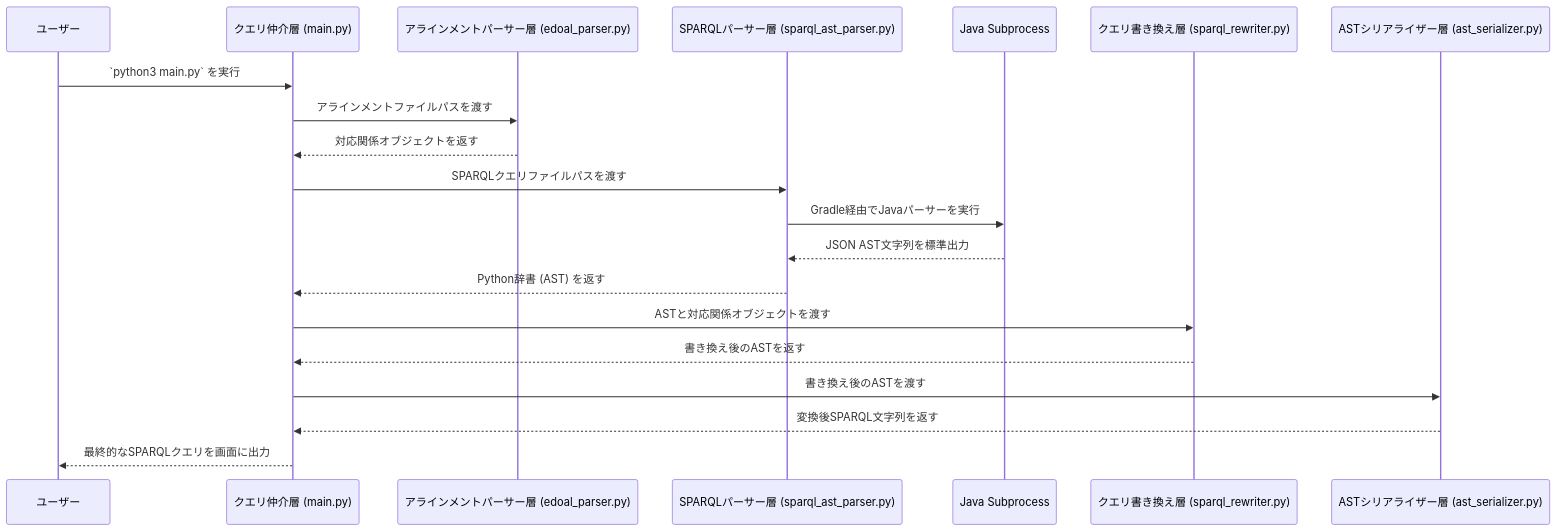
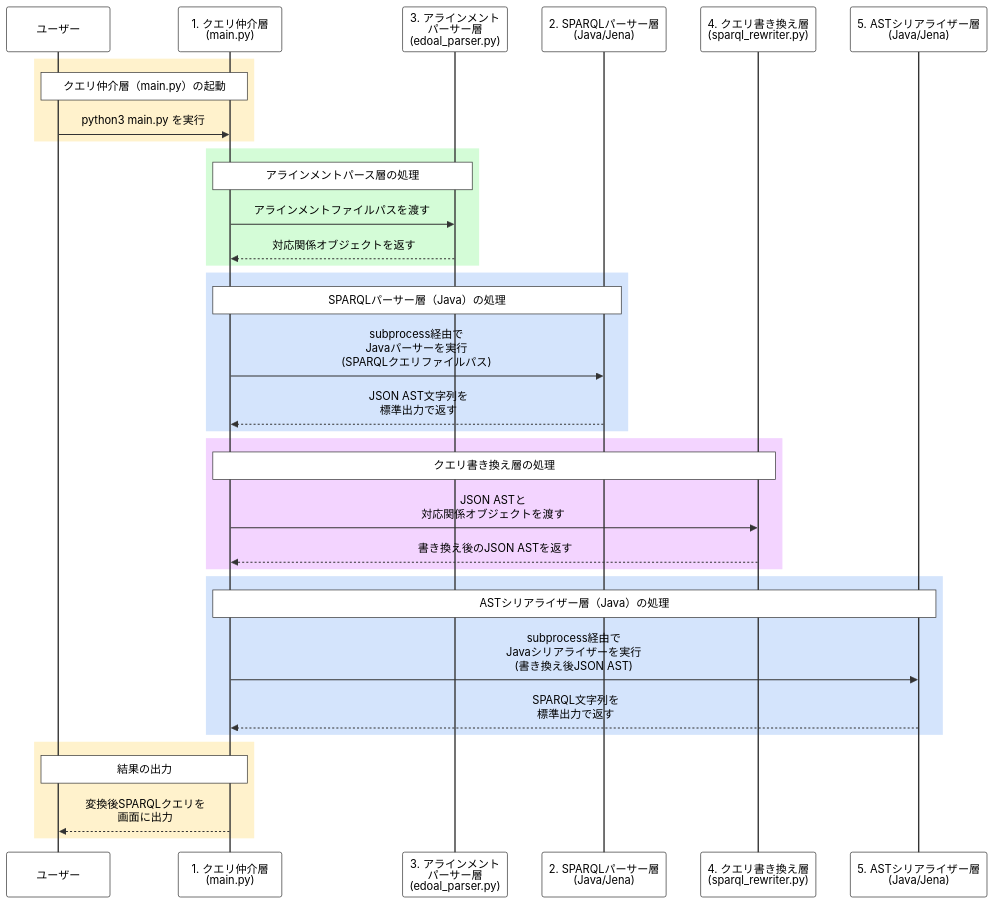
One commit to terasaki-8910/sparql-translator-complex-alignment-master changed the second of 2 diagrams in SPECIFICATION.md. Above: the diagram before and after it, drawn with Mermaid. The commit also changed other lines of this file and 51 other files, not shown here.

````diff
--- a/SPECIFICATION.md
+++ b/SPECIFICATION.md
@@ -97,23 +135,44 @@
 ```mermaid
+%%{init: {'theme':'base', 'themeVariables': { 'actorBkg':'#ffffff','actorBorder':'#333','actorTextColor':'#000','actorLineColor':'#333','signalColor':'#333','signalTextColor':'#000','labelBoxBkgColor':'#fff','labelBoxBorderColor':'#333','labelTextColor':'#000','loopTextColor':'#000','noteBorderColor':'#333','noteBkgColor':'#fff','noteTextColor':'#000','activationBorderColor':'#333','activationBkgColor':'#f4f4f4','sequenceNumberColor':'#fff'}}}%%
 sequenceDiagram
     participant User as ユーザー
-    participant Main as クエリ仲介層 (main.py)
-    participant EParser as アラインメントパーサー層 (edoal_parser.py)
-    participant SParser as SPARQLパーサー層 (sparql_ast_parser.py)
-    participant Java as Java Subprocess
-    participant Rewriter as クエリ書き換え層 (sparql_rewriter.py)
-    participant Serializer as ASTシリアライザー層 (ast_serializer.py)
+    participant Main as 1. クエリ仲介層<br/>(main.py)
+    participant EParser as 3. アラインメント<br/>パーサー層<br/>(edoal_parser.py)
+    participant JavaParser as 2. SPARQLパーサー層<br/>(Java/Jena)
+    participant Rewriter as 4. クエリ書き換え層<br/>(sparql_rewriter.py)
+    participant JavaSerializer as 5. ASTシリアライザー層<br/>(Java/Jena)
 
-    User->>Main: `python3 main.py` を実行
+    rect rgb(255, 242, 204)
+    Note over User,Main: クエリ仲介層（main.py）の起動
+    User->>Main: python3 main.py を実行
+    end
+    
+    rect rgb(212, 252, 215)
+    Note over Main,EParser: アラインメントパース層の処理
     Main->>EParser: アラインメントファイルパスを渡す
     EParser-->>Main: 対応関係オブジェクトを返す
-    Main->>SParser: SPARQLクエリファイルパスを渡す
-    SParser->>Java: Gradle経由でJavaパーサーを実行
-    Java-->>SParser: JSON AST文字列を標準出力
-    SParser-->>Main: Python辞書 (AST) を返す
-    Main->>Rewriter: ASTと対応関係オブジェクトを渡す
-    Rewriter-->>Main: 書き換え後のASTを返す
-    Main->>Serializer: 書き換え後のASTを渡す
-    Serializer-->>Main: 変換後SPARQL文字列を返す
-    Main-->>User: 最終的なSPARQLクエリを画面に出力
+    end
+    
+    rect rgb(212, 228, 252)
+    Note over Main,JavaParser: SPARQLパーサー層（Java）の処理
+    Main->>JavaParser: subprocess経由で<br/>Javaパーサーを実行<br/>(SPARQLクエリファイルパス)
+    JavaParser-->>Main: JSON AST文字列を<br/>標準出力で返す
+    end
+    
+    rect rgb(243, 212, 255)
+    Note over Main,Rewriter: クエリ書き換え層の処理
+    Main->>Rewriter: JSON ASTと<br/>対応関係オブジェクトを渡す
+    Rewriter-->>Main: 書き換え後のJSON ASTを返す
+    end
+    
+    rect rgb(212, 228, 252)
+    Note over Main,JavaSerializer: ASTシリアライザー層（Java）の処理
+    Main->>JavaSerializer: subprocess経由で<br/>Javaシリアライザーを実行<br/>(書き換え後JSON AST)
+    JavaSerializer-->>Main: SPARQL文字列を<br/>標準出力で返す
+    end
+    
+    rect rgb(255, 242, 204)
+    Note over Main,User: 結果の出力
+    Main-->>User: 変換後SPARQLクエリを<br/>画面に出力
+    end
 ```
````
